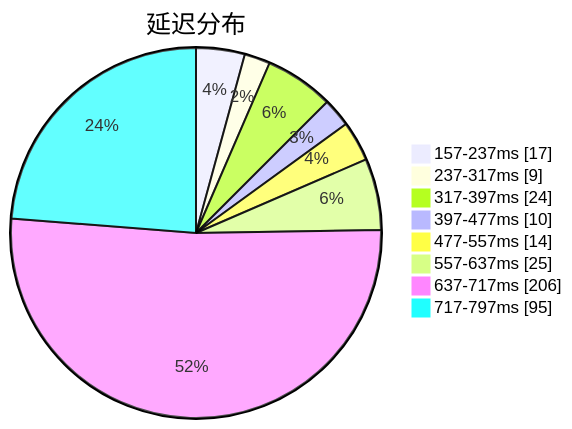
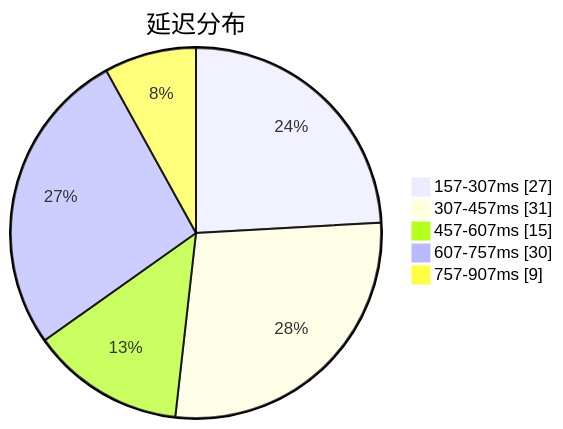
One commit to qjlxg/airport changed the first of 3 diagrams in subs/statistics/tested_within.md. Above: the diagram before and after it, drawn with Mermaid. The commit also changed other lines of this file and 2 other files, not shown here.

````diff
--- a/subs/statistics/tested_within.md
+++ b/subs/statistics/tested_within.md
@@ -2,12 +2,9 @@
 ```mermaid
 pie showData
 title 延迟分布
-"157-237ms" : 17
-"237-317ms" : 9
-"317-397ms" : 24
-"397-477ms" : 10
-"477-557ms" : 14
-"557-637ms" : 25
-"637-717ms" : 206
-"717-797ms" : 95
+"157-307ms" : 27
+"307-457ms" : 31
+"457-607ms" : 15
+"607-757ms" : 30
+"757-907ms" : 9
 ```
````
